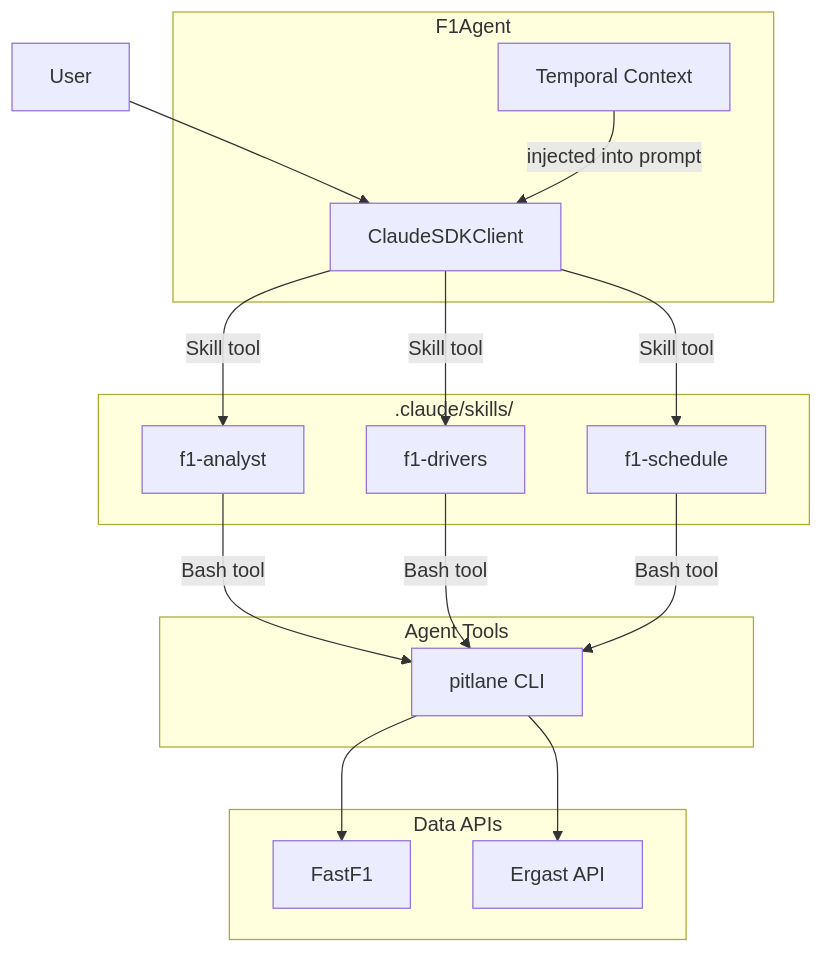
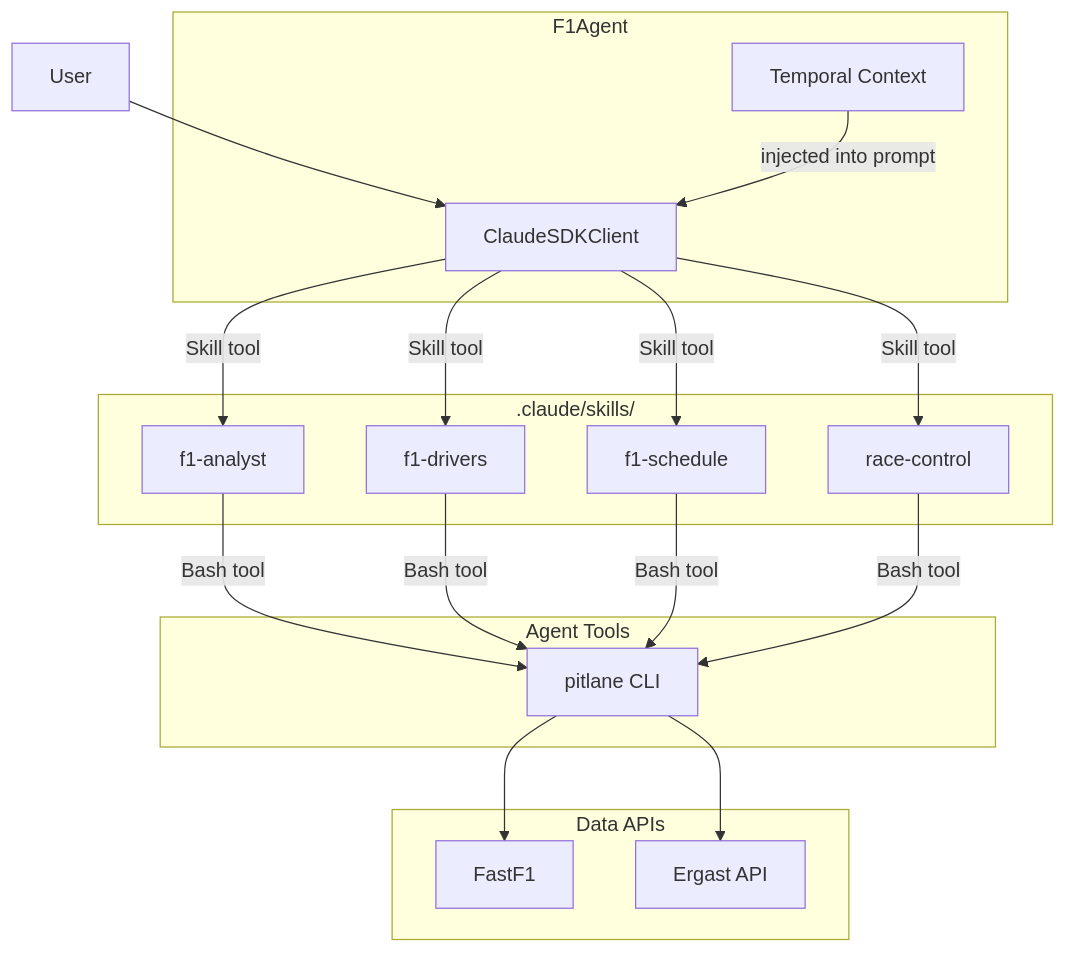
One commit to jshudzina/PitLane-AI changed the first of 2 diagrams in docs/architecture/overview.md. Above: the diagram before and after it, drawn with Mermaid. The commit also changed other lines of this file and 6 other files, not shown here.

First line of the commit message:
docs: add race-control skill and clarify workspace vs session terminology (#86)

````diff
--- a/docs/architecture/overview.md
+++ b/docs/architecture/overview.md
@@ -12,35 +12,38 @@
 ```mermaid
 graph TB
     User[User]
 
     subgraph Agent["F1Agent"]
         TC[Temporal Context]
         SDK[ClaudeSDKClient]
     end
 
     subgraph Skills[".claude/skills/"]
         f1a[f1-analyst]
         f1d[f1-drivers]
         f1s[f1-schedule]
+        rc[race-control]
     end
 
     subgraph Tools["Agent Tools"]
         CLI[pitlane CLI]
     end
 
     subgraph Data["Data APIs"]
         FF1[FastF1]
         Ergast[Ergast API]
     end
 
     User --> SDK
     TC -->|injected into prompt| SDK
     SDK -->|Skill tool| f1a
     SDK -->|Skill tool| f1d
     SDK -->|Skill tool| f1s
+    SDK -->|Skill tool| rc
     f1a -->|Bash tool| CLI
     f1d -->|Bash tool| CLI
     f1s -->|Bash tool| CLI
+    rc -->|Bash tool| CLI
     CLI --> FF1
     CLI --> Ergast
 ```
````
